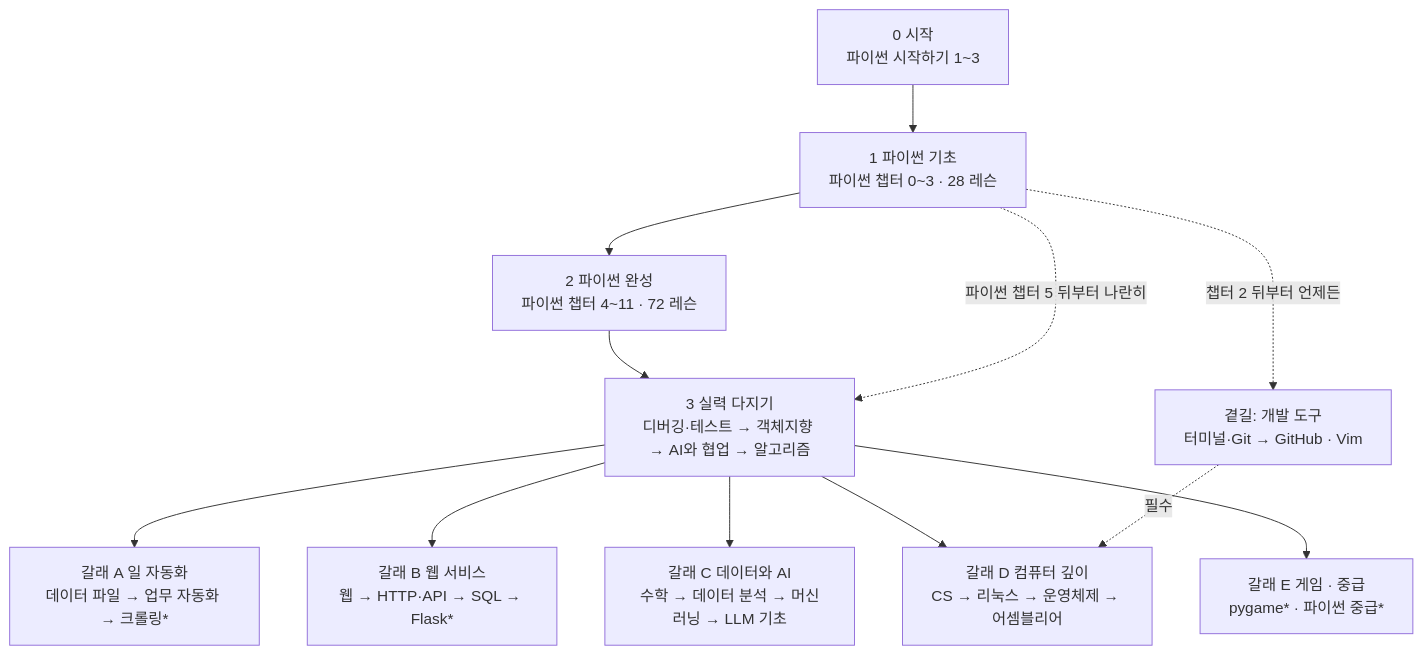
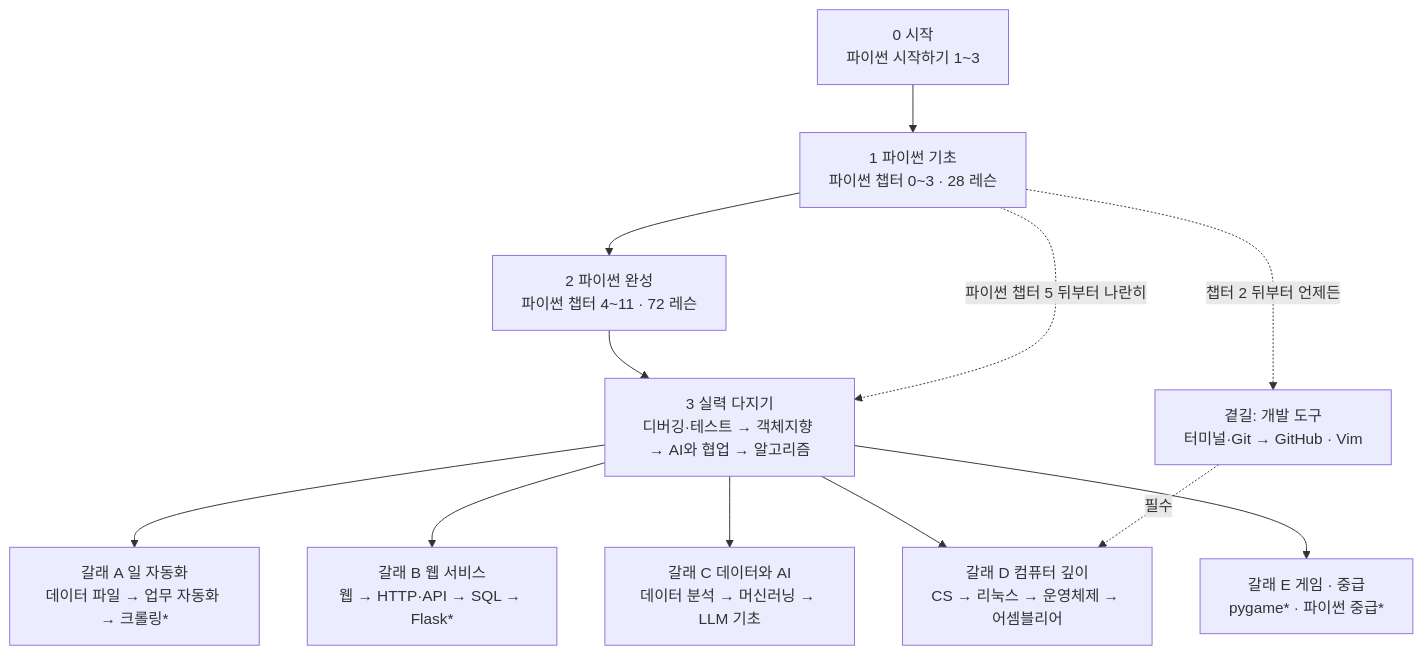
The diagram in specs/roadmap.md (jihoon380462/python-academy), drawn with Mermaid before and after one commit. The commit also changed other lines of this file and 58 other files, not shown here.

````diff
--- a/specs/roadmap.md
+++ b/specs/roadmap.md
@@ -67,14 +66,14 @@
 ```mermaid
 flowchart TD
   S["0 시작<br/>파이썬 시작하기 1~3"] --> P1["1 파이썬 기초<br/>파이썬 챕터 0~3 · 28 레슨"]
   P1 --> P2["2 파이썬 완성<br/>파이썬 챕터 4~11 · 72 레슨"]
   P2 --> K["3 실력 다지기<br/>디버깅·테스트 → 객체지향 → AI와 협업 → 알고리즘"]
   P1 -. 파이썬 챕터 5 뒤부터 나란히 .-> K
   K --> A["갈래 A 일 자동화<br/>데이터 파일 → 업무 자동화 → 크롤링*"]
   K --> B["갈래 B 웹 서비스<br/>웹 → HTTP·API → SQL → Flask*"]
-  K --> C["갈래 C 데이터와 AI<br/>수학 → 데이터 분석 → 머신러닝 → LLM 기초"]
+  K --> C["갈래 C 데이터와 AI<br/>데이터 분석 → 머신러닝 → LLM 기초"]
   K --> D["갈래 D 컴퓨터 깊이<br/>CS → 리눅스 → 운영체제 → 어셈블리어"]
   K --> E["갈래 E 게임 · 중급<br/>pygame* · 파이썬 중급*"]
   P1 -. 챕터 2 뒤부터 언제든 .-> T["곁길: 개발 도구<br/>터미널·Git → GitHub · Vim"]
   T -. 필수 .-> D
 ```
````
